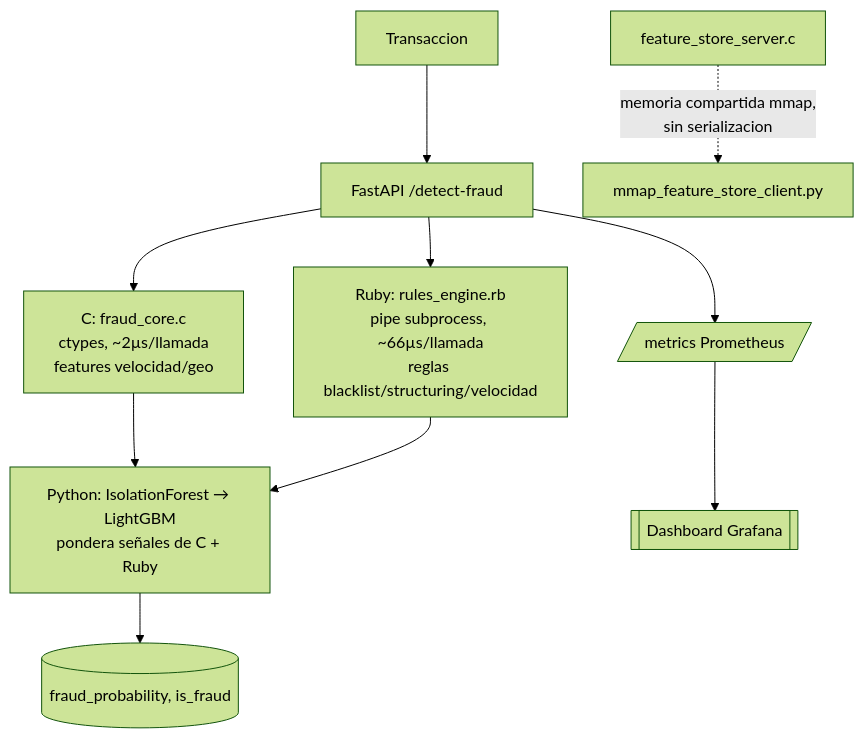
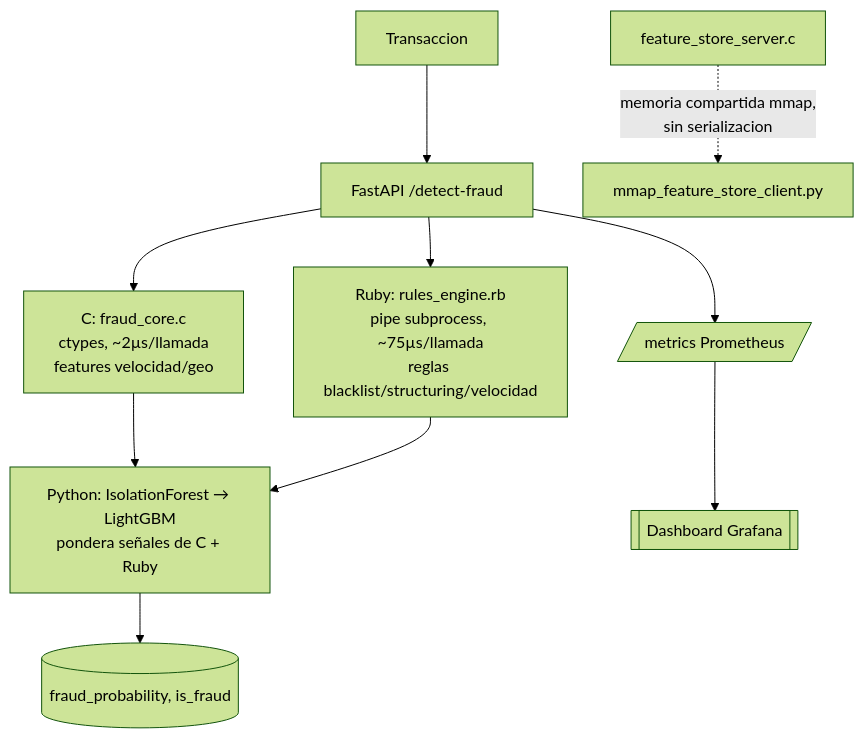
One commit to Rxyxs/chile-polyglot-fraud-engine changed the diagram in README.es.md. Above: the diagram before and after it, drawn with Mermaid (forest theme). The commit also changed other lines of this file and 8 other files, not shown here.

First line of the commit message:
Refresh README numbers from a fresh end-to-end run, add interactive chart

````diff
--- a/README.es.md
+++ b/README.es.md
@@ -84,12 +84,12 @@
 ```mermaid
 flowchart TB
     TX[Transaccion] --> API[FastAPI /detect-fraud]
     API --> C["C: fraud_core.c<br/>ctypes, ~2µs/llamada<br/>features velocidad/geo"]
-    API --> RB["Ruby: rules_engine.rb<br/>pipe subprocess, ~66µs/llamada<br/>reglas blacklist/structuring/velocidad"]
+    API --> RB["Ruby: rules_engine.rb<br/>pipe subprocess, ~75µs/llamada<br/>reglas blacklist/structuring/velocidad"]
     C --> ML["Python: IsolationForest → LightGBM<br/>pondera señales de C + Ruby"]
     RB --> ML
     ML --> OUT[(fraud_probability, is_fraud)]
     API --> METRICS[/metrics Prometheus/] --> GRAFANA[[Dashboard Grafana]]
 
     FSC[feature_store_server.c] -.memoria compartida mmap,<br/>sin serializacion.-> PYCLIENT[mmap_feature_store_client.py]
 ```
````
